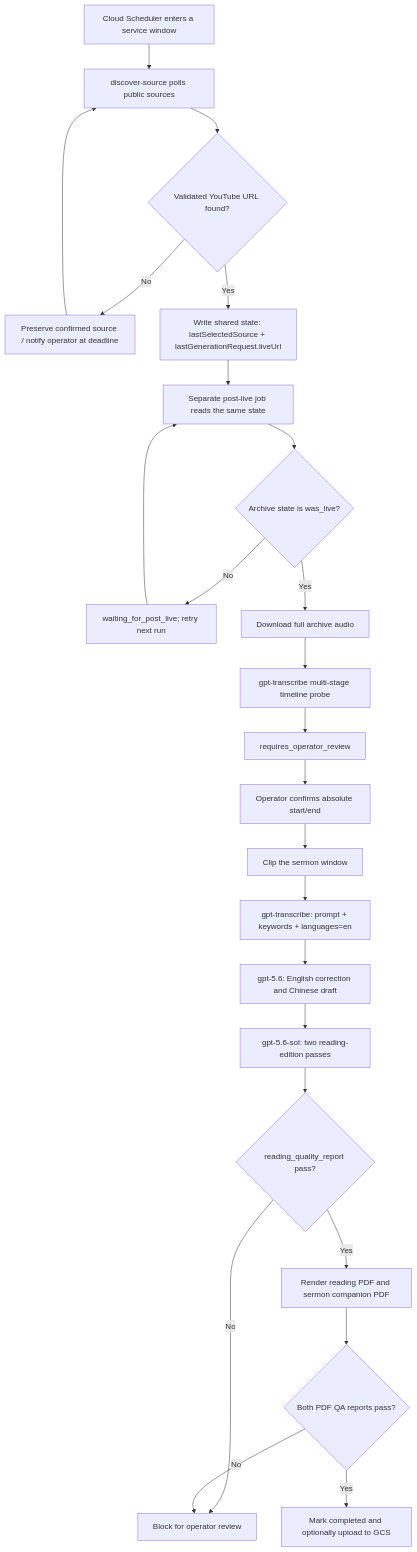
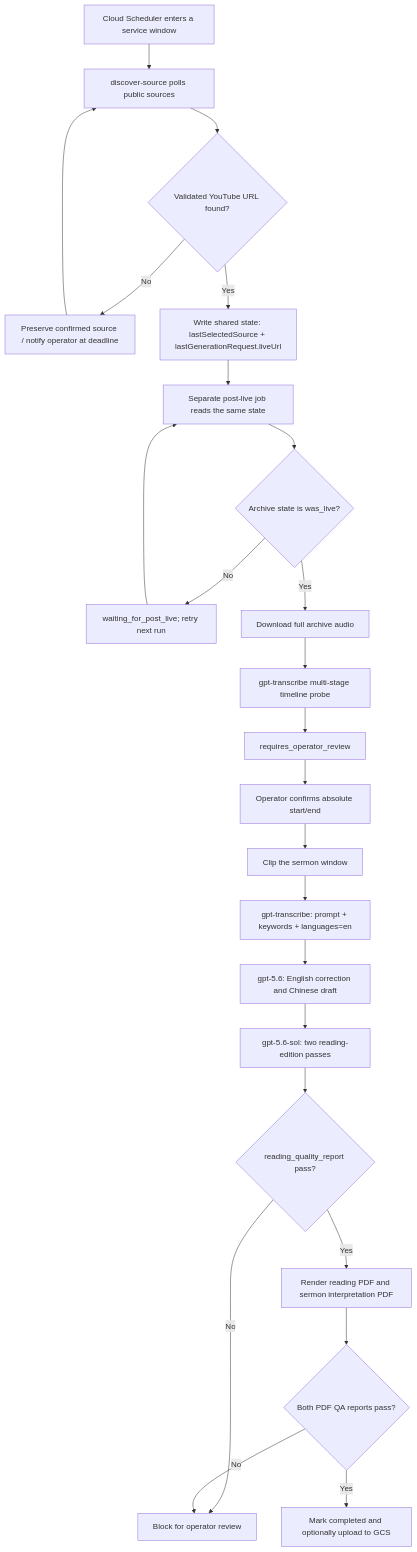
The diagram in README.md (JonathanJing/sermon-video-zh-subtitles), drawn with Mermaid before and after one commit. The commit also changed other lines of this file and 23 other files, not shown here.

Commit message:
Integrate traceable sermon interpretation PDF

````diff
--- a/README.md
+++ b/README.md
@@ -57,26 +57,26 @@
 ```mermaid
 flowchart TD
     A[Cloud Scheduler enters a service window] --> B[discover-source polls public sources]
     B --> C{Validated YouTube URL found?}
     C -- No --> D[Preserve confirmed source / notify operator at deadline]
     C -- Yes --> E["Write shared state: lastSelectedSource + lastGenerationRequest.liveUrl"]
     D --> B
     E --> F[Separate post-live job reads the same state]
     F --> G{Archive state is was_live?}
     G -- No --> H[waiting_for_post_live; retry next run]
     H --> F
     G -- Yes --> I[Download full archive audio]
     I --> J[gpt-transcribe multi-stage timeline probe]
     J --> K[requires_operator_review]
     K --> L[Operator confirms absolute start/end]
     L --> M[Clip the sermon window]
     M --> N["gpt-transcribe: prompt + keywords + languages=en"]
     N --> O["gpt-5.6: English correction and Chinese draft"]
     O --> P["gpt-5.6-sol: two reading-edition passes"]
     P --> Q{reading_quality_report pass?}
     Q -- No --> R[Block for operator review]
-    Q -- Yes --> S[Render reading PDF and sermon companion PDF]
+    Q -- Yes --> S[Render reading PDF and sermon interpretation PDF]
     S --> T{Both PDF QA reports pass?}
     T -- No --> R
     T -- Yes --> U[Mark completed and optionally upload to GCS]
 ```
````
